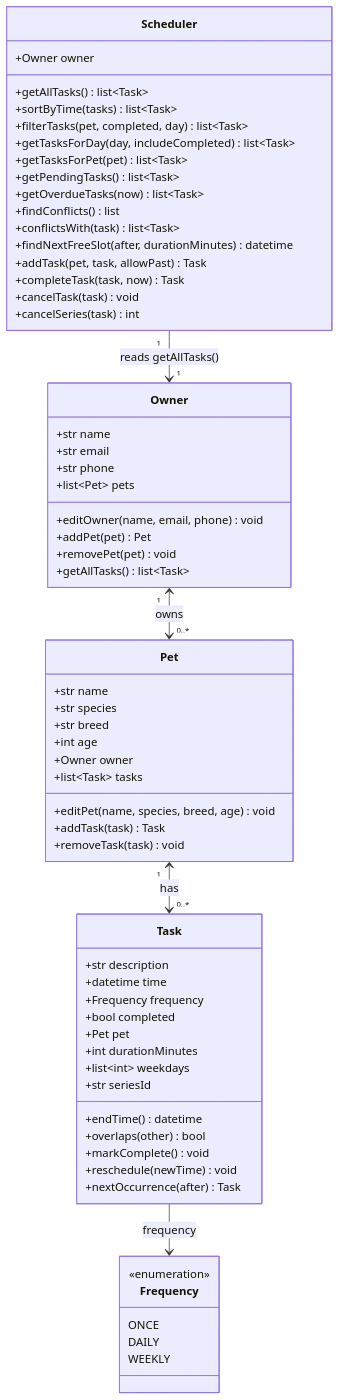
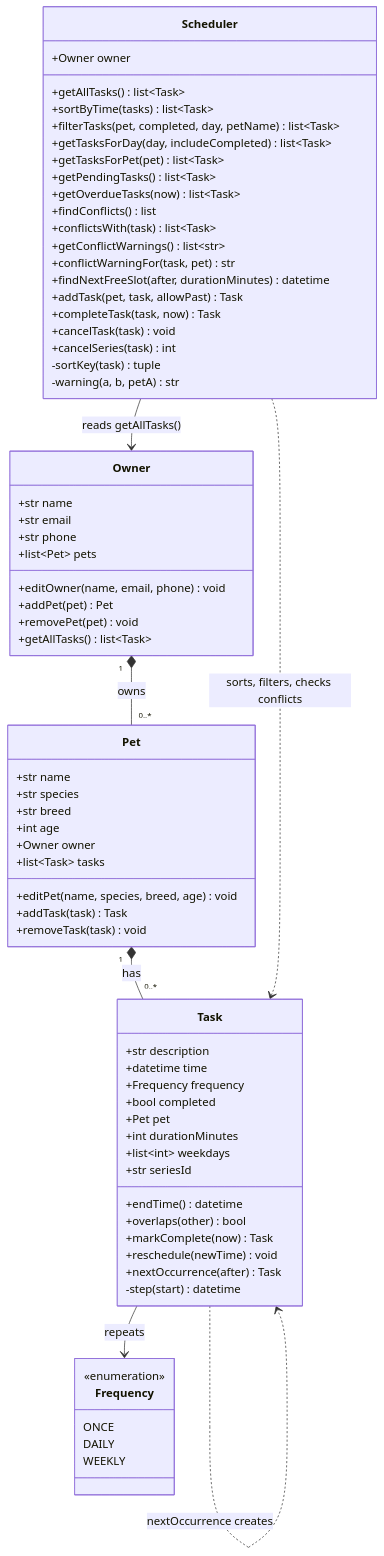
The diagram in diagrams/uml.mmd (Linpei-Jiang/ai110-module2show-pawpal-starter), drawn with Mermaid before and after one commit. The commit also changed 5 other files, not shown here.

```diff
--- a/diagrams/uml.mmd
+++ b/diagrams/uml.mmd
@@ -1,69 +1,76 @@
 classDiagram
     class Frequency {
         <<enumeration>>
         ONCE
         DAILY
         WEEKLY
     }
 
     class Task {
         +str description
         +datetime time
         +Frequency frequency
         +bool completed
         +Pet pet
         +int durationMinutes
         +list~int~ weekdays
         +str seriesId
         +endTime() datetime
         +overlaps(other) bool
-        +markComplete() void
+        +markComplete(now) Task
         +reschedule(newTime) void
         +nextOccurrence(after) Task
+        -step(start) datetime
     }
 
     class Pet {
         +str name
         +str species
         +str breed
         +int age
         +Owner owner
         +list~Task~ tasks
         +editPet(name, species, breed, age) void
         +addTask(task) Task
         +removeTask(task) void
     }
 
     class Owner {
         +str name
         +str email
         +str phone
         +list~Pet~ pets
         +editOwner(name, email, phone) void
         +addPet(pet) Pet
         +removePet(pet) void
         +getAllTasks() list~Task~
     }
 
     class Scheduler {
         +Owner owner
         +getAllTasks() list~Task~
         +sortByTime(tasks) list~Task~
-        +filterTasks(pet, completed, day) list~Task~
+        +filterTasks(pet, completed, day, petName) list~Task~
         +getTasksForDay(day, includeCompleted) list~Task~
         +getTasksForPet(pet) list~Task~
         +getPendingTasks() list~Task~
         +getOverdueTasks(now) list~Task~
         +findConflicts() list
         +conflictsWith(task) list~Task~
+        +getConflictWarnings() list~str~
+        +conflictWarningFor(task, pet) str
         +findNextFreeSlot(after, durationMinutes) datetime
         +addTask(pet, task, allowPast) Task
         +completeTask(task, now) Task
         +cancelTask(task) void
         +cancelSeries(task) int
+        -sortKey(task) tuple
+        -warning(a, b, petA) str
     }
 
-    Owner "1" <--> "0..*" Pet : owns
-    Pet "1" <--> "0..*" Task : has
-    Task --> Frequency : frequency
-    Scheduler "1" --> "1" Owner : reads getAllTasks()
+    Owner "1" *-- "0..*" Pet : owns
+    Pet "1" *-- "0..*" Task : has
+    Task --> Frequency : repeats
+    Task ..> Task : nextOccurrence creates
+    Scheduler --> Owner : reads getAllTasks()
+    Scheduler ..> Task : sorts, filters, checks conflicts
```
